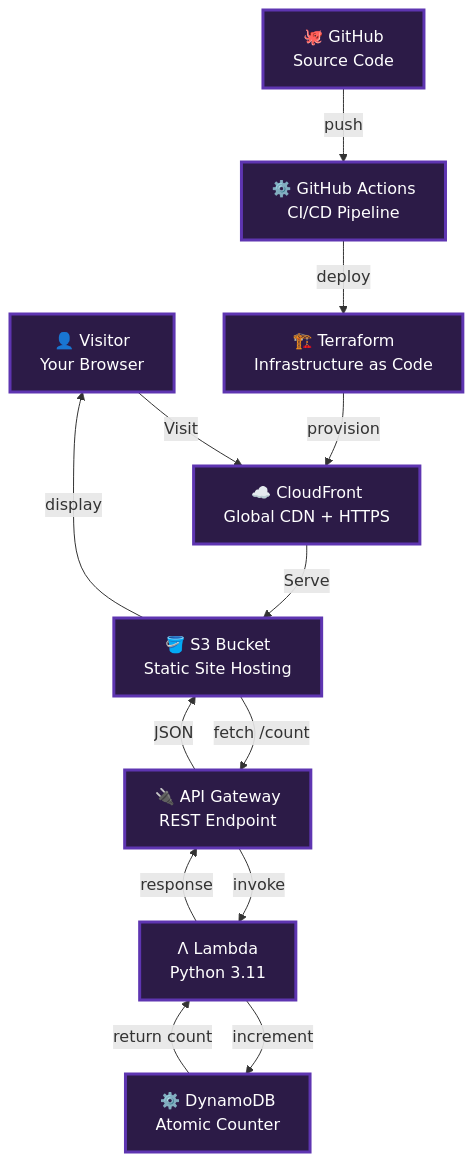
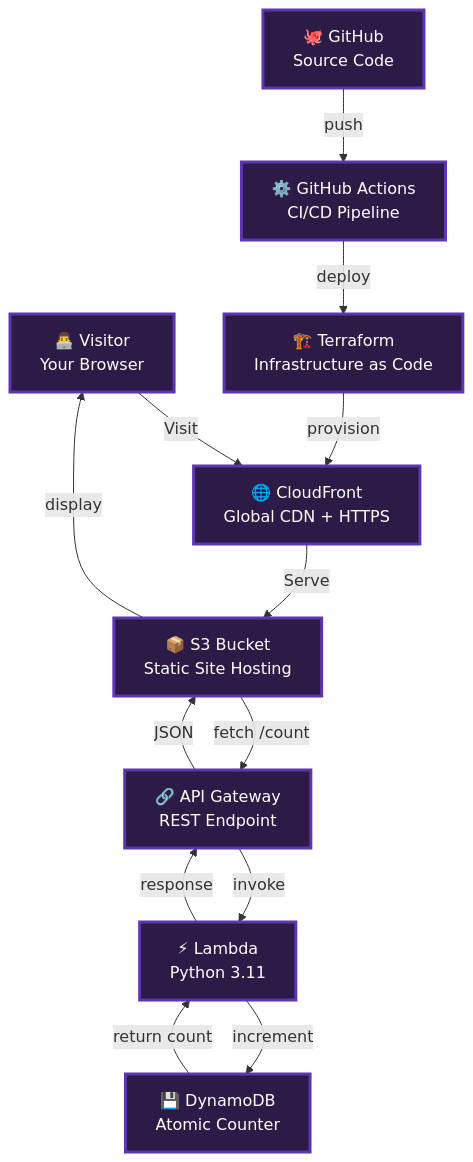
One commit to stanleyjnrkanzara-wq/Cloud-Resume-Challenge changed the diagram in README.md. Above: the diagram before and after it, drawn with Mermaid. The commit also changed other lines of this file, not shown here.

````diff
--- a/README.md
+++ b/README.md
@@ -45,29 +45,29 @@
 ```mermaid
 graph TB
-    User["👤 Visitor<br/>Your Browser"]
-    CF["☁️ CloudFront<br/>Global CDN + HTTPS"]
-    S3["🪣 S3 Bucket<br/>Static Site Hosting"]
-    APIGW["🔌 API Gateway<br/>REST Endpoint"]
-    Lambda["Λ Lambda<br/>Python 3.11"]
-    DDB["⚙️ DynamoDB<br/>Atomic Counter"]
+    User["👨‍💻 Visitor<br/>Your Browser"]
+    CF["🌐 CloudFront<br/>Global CDN + HTTPS"]
+    S3["📦 S3 Bucket<br/>Static Site Hosting"]
+    APIGW["🔗 API Gateway<br/>REST Endpoint"]
+    Lambda["⚡ Lambda<br/>Python 3.11"]
+    DDB["💾 DynamoDB<br/>Atomic Counter"]
     
     GH["🐙 GitHub<br/>Source Code"]
     GHA["⚙️ GitHub Actions<br/>CI/CD Pipeline"]
     TF["🏗️ Terraform<br/>Infrastructure as Code"]
     
     User -->|Visit| CF
     CF -->|Serve| S3
     S3 -->|fetch /count| APIGW
     APIGW -->|invoke| Lambda
     Lambda -->|increment| DDB
     DDB -->|return count| Lambda
     Lambda -->|response| APIGW
     APIGW -->|JSON| S3
     S3 -->|display| User
     
     GH -->|push| GHA
     GHA -->|deploy| TF
     TF -->|provision| CF
     
     classDef default fill:#2C1B47,stroke:#5E35B1,stroke-width:3px,color:#fff
 ```
````
